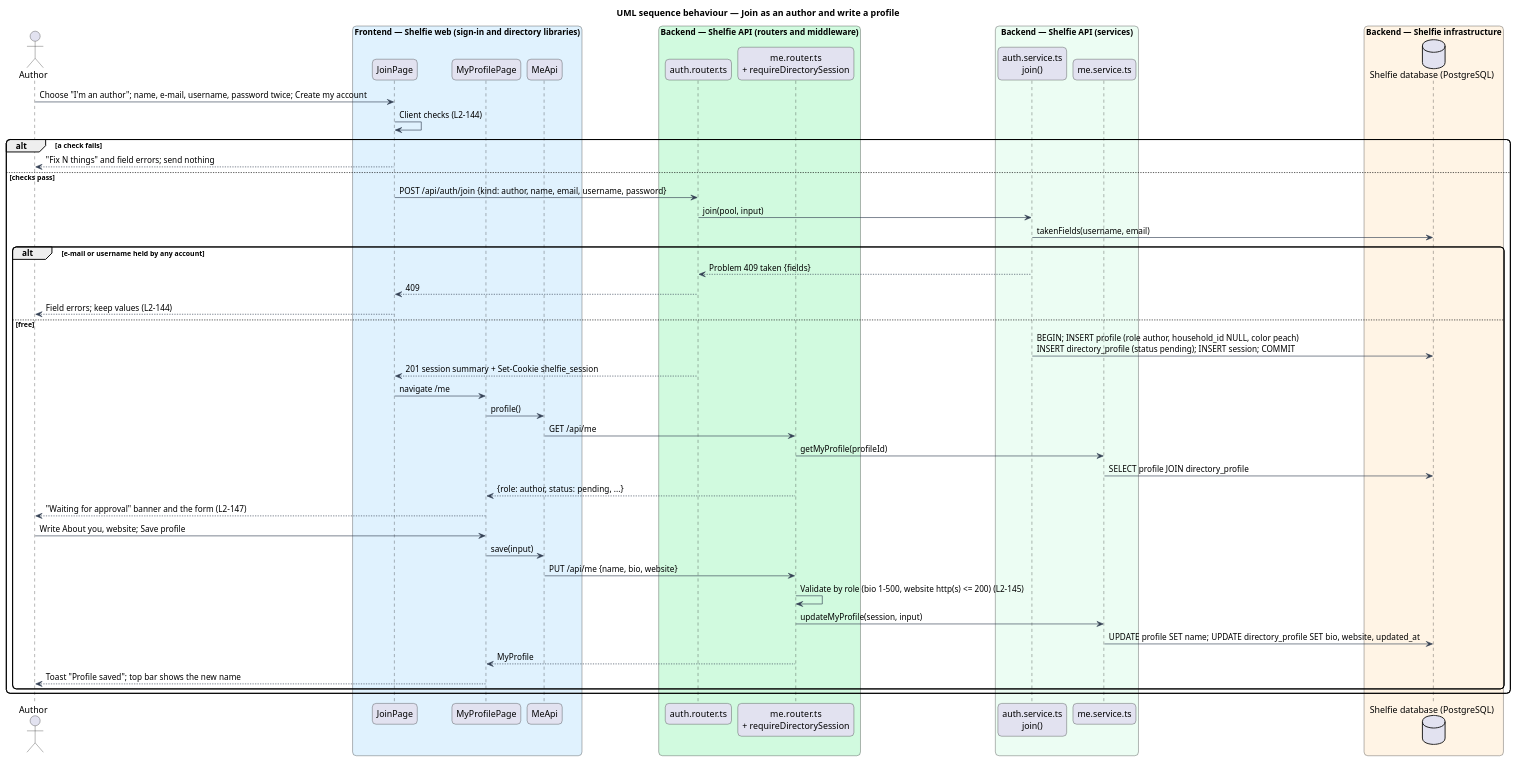
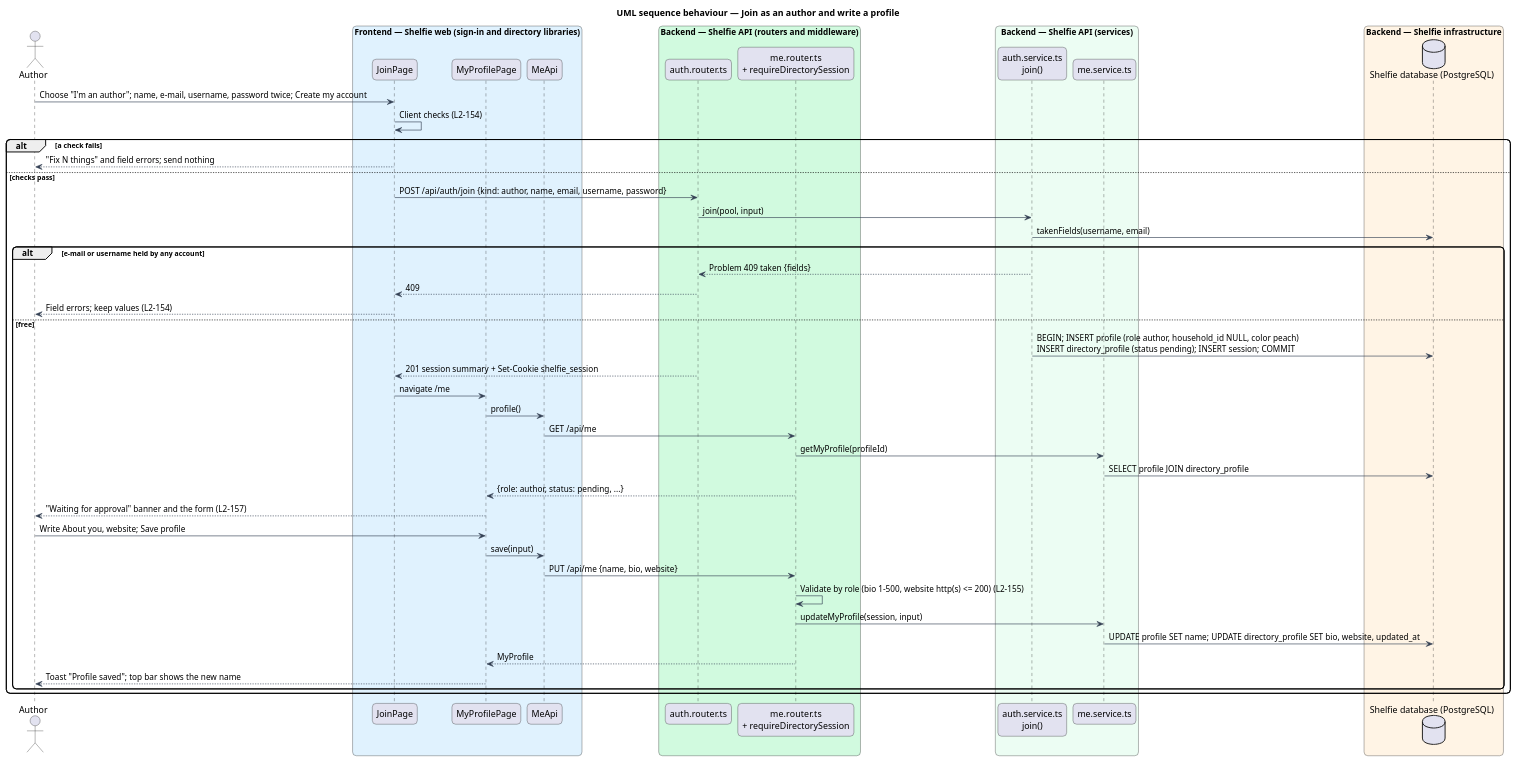
Before and after one commit to QuinntyneBrown/shelfie: the diagram in docs/detailed-designs/directory/author-profile/diagrams/sequence-join-and-edit.puml, drawn with PlantUML. The commit also changed 125 other files, not shown here.

```diff
--- a/docs/detailed-designs/directory/author-profile/diagrams/sequence-join-and-edit.puml
+++ b/docs/detailed-designs/directory/author-profile/diagrams/sequence-join-and-edit.puml
@@ -1,58 +1,58 @@
 @startuml
 title UML sequence behaviour — Join as an author and write a profile
 skinparam backgroundColor #FFFFFF
 skinparam shadowing false
 skinparam roundcorner 12
 skinparam defaultFontName Arial
 skinparam ArrowColor #344054
 actor "Author" as author
 box "Frontend — Shelfie web (sign-in and directory libraries)" #E0F2FE
   participant "JoinPage" as join
   participant "MyProfilePage" as page
   participant "MeApi" as client
 end box
 box "Backend — Shelfie API (routers and middleware)" #D1FADF
   participant "auth.router.ts" as auth
   participant "me.router.ts\n+ requireDirectorySession" as me
 end box
 box "Backend — Shelfie API (services)" #ECFDF3
   participant "auth.service.ts\njoin()" as svc
   participant "me.service.ts" as mesvc
 end box
 box "Backend — Shelfie infrastructure" #FFF4E5
   database "Shelfie database (PostgreSQL)" as db
 end box
 
 author -> join : Choose "I'm an author"; name, e-mail, username, password twice; Create my account
-join -> join : Client checks (L2-144)
+join -> join : Client checks (L2-154)
 alt a check fails
   join --> author : "Fix N things" and field errors; send nothing
 else checks pass
   join -> auth : POST /api/auth/join {kind: author, name, email, username, password}
   auth -> svc : join(pool, input)
   svc -> db : takenFields(username, email)
   alt e-mail or username held by any account
     svc --> auth : Problem 409 taken {fields}
     auth --> join : 409
-    join --> author : Field errors; keep values (L2-144)
+    join --> author : Field errors; keep values (L2-154)
   else free
     svc -> db : BEGIN; INSERT profile (role author, household_id NULL, color peach)\nINSERT directory_profile (status pending); INSERT session; COMMIT
     auth --> join : 201 session summary + Set-Cookie shelfie_session
     join -> page : navigate /me
     page -> client : profile()
     client -> me : GET /api/me
     me -> mesvc : getMyProfile(profileId)
     mesvc -> db : SELECT profile JOIN directory_profile
     me --> page : {role: author, status: pending, ...}
-    page --> author : "Waiting for approval" banner and the form (L2-147)
+    page --> author : "Waiting for approval" banner and the form (L2-157)
     author -> page : Write About you, website; Save profile
     page -> client : save(input)
     client -> me : PUT /api/me {name, bio, website}
-    me -> me : Validate by role (bio 1-500, website http(s) <= 200) (L2-145)
+    me -> me : Validate by role (bio 1-500, website http(s) <= 200) (L2-155)
     me -> mesvc : updateMyProfile(session, input)
     mesvc -> db : UPDATE profile SET name; UPDATE directory_profile SET bio, website, updated_at
     me --> page : MyProfile
     page --> author : Toast "Profile saved"; top bar shows the new name
   end
 end
 @enduml
```
